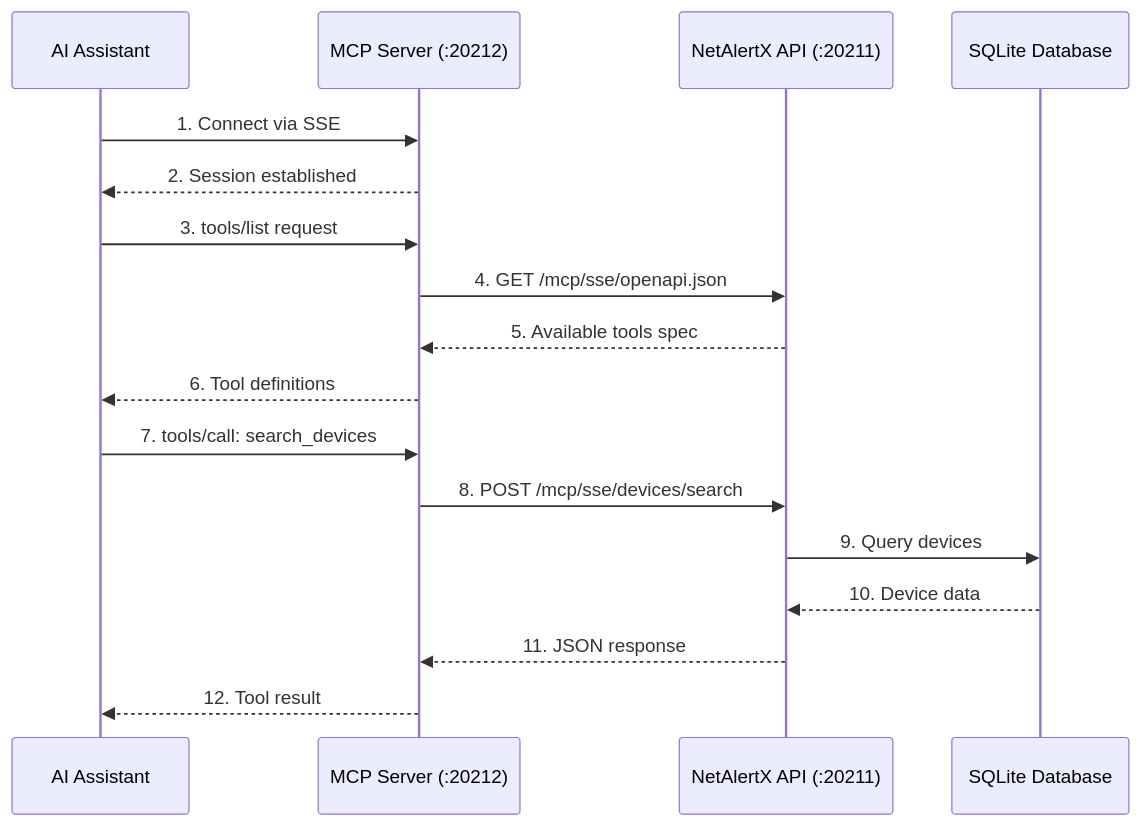
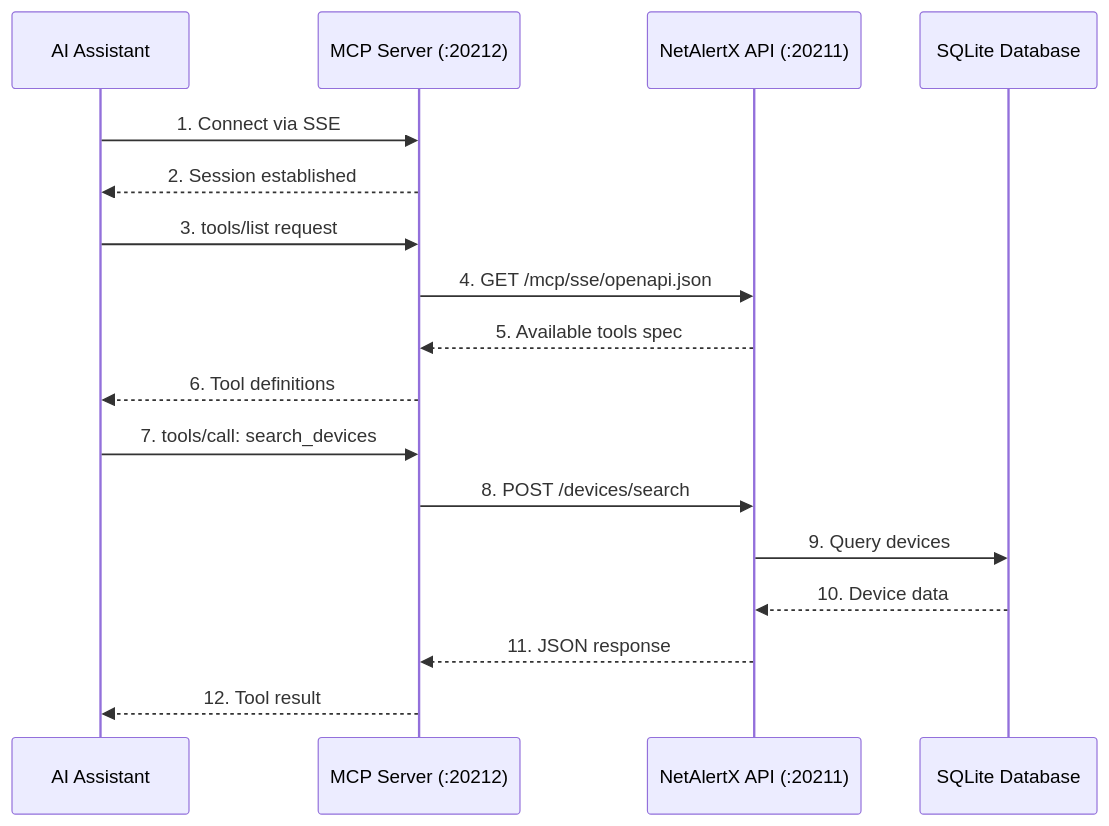
The second of 3 diagrams in docs/API_MCP.md (bryanwills/NetAlertX), drawn with Mermaid before and after one commit. The commit also changed other lines of this file and 1 other file, not shown here.

Commit message:
docs(mcp): Update tool descriptions, links, and standardize path parameters

````diff
--- a/docs/API_MCP.md
+++ b/docs/API_MCP.md
@@ -38,20 +38,20 @@
 ```mermaid
 sequenceDiagram
     participant AI as AI Assistant
     participant MCP as MCP Server (:20212)
     participant API as NetAlertX API (:20211)
     participant DB as SQLite Database
 
     AI->>MCP: 1. Connect via SSE
     MCP-->>AI: 2. Session established
     AI->>MCP: 3. tools/list request
     MCP->>API: 4. GET /mcp/sse/openapi.json
     API-->>MCP: 5. Available tools spec
     MCP-->>AI: 6. Tool definitions
     AI->>MCP: 7. tools/call: search_devices
-    MCP->>API: 8. POST /mcp/sse/devices/search
+    MCP->>API: 8. POST /devices/search
     API->>DB: 9. Query devices
     DB-->>API: 10. Device data
     API-->>MCP: 11. JSON response
     MCP-->>AI: 12. Tool result
 ```
````
